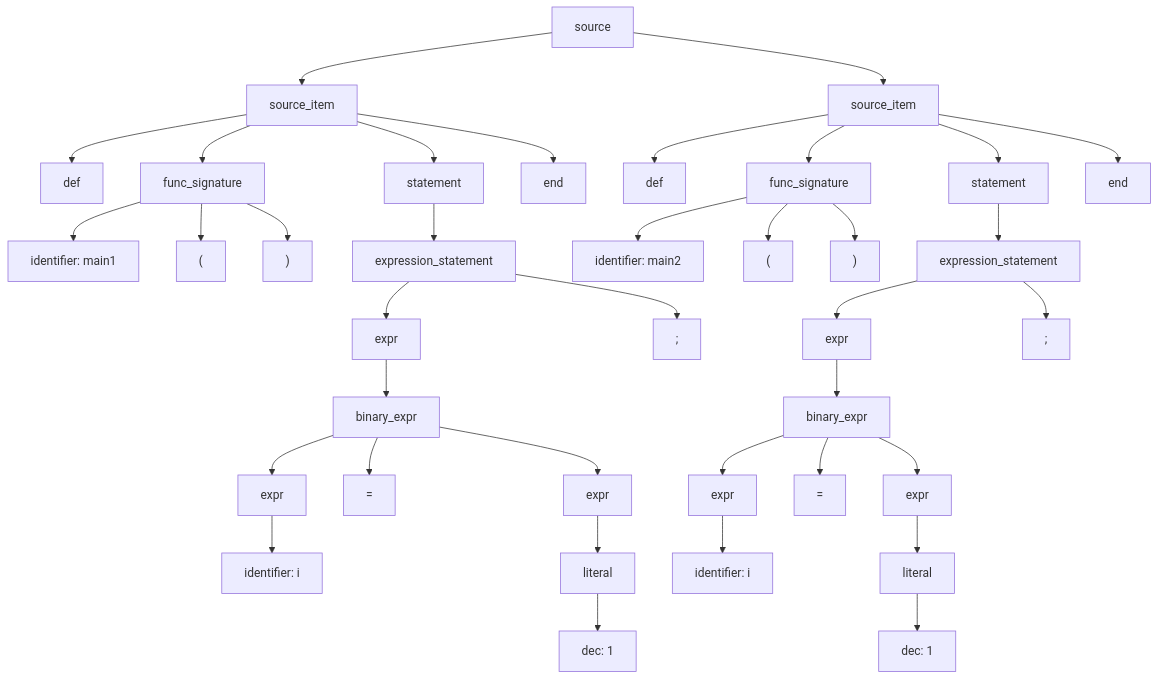
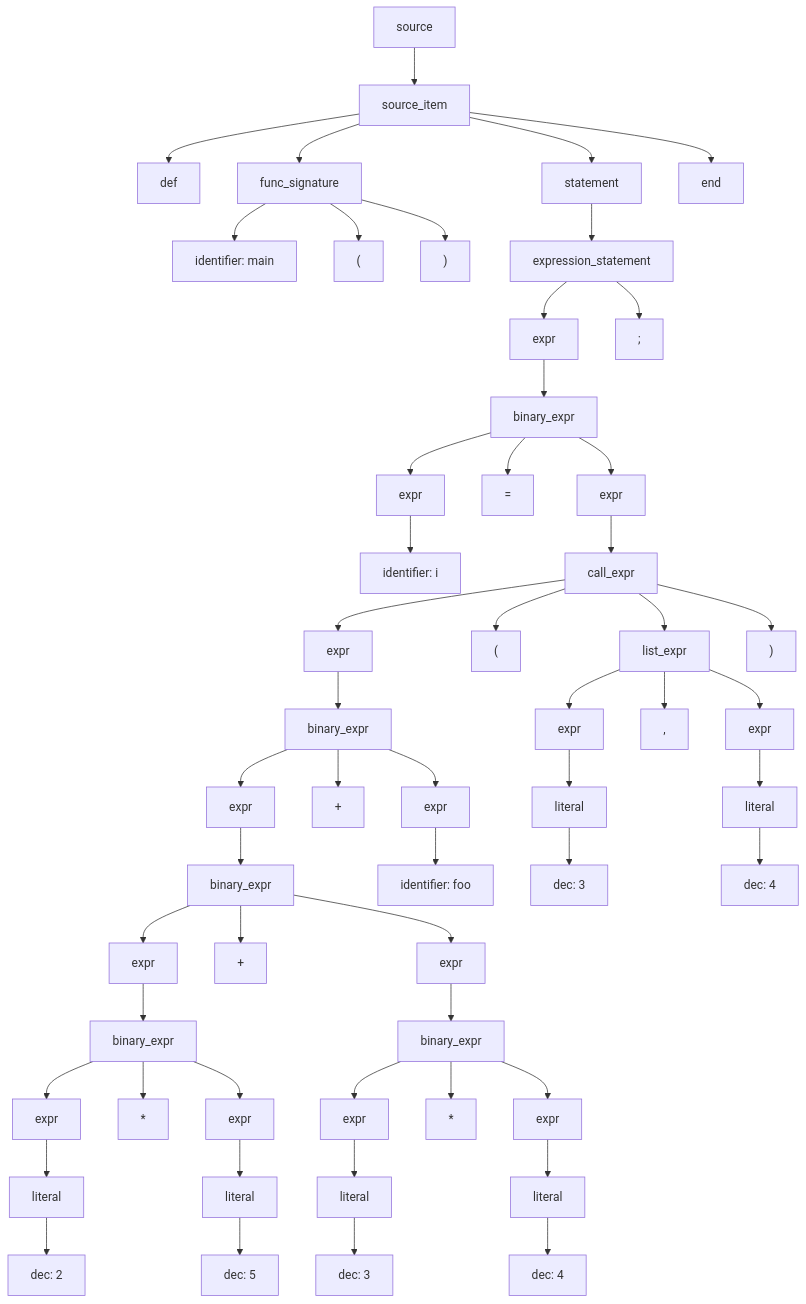
The diagram in ast.mmd (ErnandesDaniel/system-software-lab-2), drawn with Mermaid before and after one commit. The commit also changed 3 other files, not shown here.

```diff
--- a/ast.mmd
+++ b/ast.mmd
@@ -1,74 +1,108 @@
 graph TD;
 N0["source"]
 N1["source_item"]
 N0 --> N1
 N2["def"]
 N1 --> N2
 N3["func_signature"]
 N1 --> N3
-N4["identifier: main1"]
+N4["identifier: main"]
 N3 --> N4
 N5["("]
 N3 --> N5
 N6[")"]
 N3 --> N6
 N7["statement"]
 N1 --> N7
 N8["expression_statement"]
 N7 --> N8
 N9["expr"]
 N8 --> N9
 N10["binary_expr"]
 N9 --> N10
 N11["expr"]
 N10 --> N11
 N12["identifier: i"]
 N11 --> N12
 N13["="]
 N10 --> N13
 N14["expr"]
 N10 --> N14
-N15["literal"]
+N15["call_expr"]
 N14 --> N15
-N16["dec: 1"]
+N16["expr"]
 N15 --> N16
-N17[";"]
-N8 --> N17
-N18["end"]
-N1 --> N18
-N19["source_item"]
-N0 --> N19
-N20["def"]
+N17["binary_expr"]
+N16 --> N17
+N18["expr"]
+N17 --> N18
+N19["binary_expr"]
+N18 --> N19
+N20["expr"]
 N19 --> N20
-N21["func_signature"]
-N19 --> N21
-N22["identifier: main2"]
+N21["binary_expr"]
+N20 --> N21
+N22["expr"]
 N21 --> N22
-N23["("]
-N21 --> N23
-N24[")"]
-N21 --> N24
-N25["statement"]
-N19 --> N25
-N26["expression_statement"]
-N25 --> N26
-N27["expr"]
+N23["literal"]
+N22 --> N23
+N24["dec: 2"]
+N23 --> N24
+N25["*"]
+N21 --> N25
+N26["expr"]
+N21 --> N26
+N27["literal"]
 N26 --> N27
-N28["binary_expr"]
+N28["dec: 5"]
 N27 --> N28
-N29["expr"]
-N28 --> N29
-N30["identifier: i"]
-N29 --> N30
-N31["="]
-N28 --> N31
+N29["+"]
+N19 --> N29
+N30["expr"]
+N19 --> N30
+N31["binary_expr"]
+N30 --> N31
 N32["expr"]
-N28 --> N32
+N31 --> N32
 N33["literal"]
 N32 --> N33
-N34["dec: 1"]
+N34["dec: 3"]
 N33 --> N34
-N35[";"]
-N26 --> N35
-N36["end"]
-N19 --> N36
+N35["*"]
+N31 --> N35
+N36["expr"]
+N31 --> N36
+N37["literal"]
+N36 --> N37
+N38["dec: 4"]
+N37 --> N38
+N39["+"]
+N17 --> N39
+N40["expr"]
+N17 --> N40
+N41["identifier: foo"]
+N40 --> N41
+N42["("]
+N15 --> N42
+N43["list_expr"]
+N15 --> N43
+N44["expr"]
+N43 --> N44
+N45["literal"]
+N44 --> N45
+N46["dec: 3"]
+N45 --> N46
+N47[","]
+N43 --> N47
+N48["expr"]
+N43 --> N48
+N49["literal"]
+N48 --> N49
+N50["dec: 4"]
+N49 --> N50
+N51[")"]
+N15 --> N51
+N52[";"]
+N8 --> N52
+N53["end"]
+N1 --> N53
```
